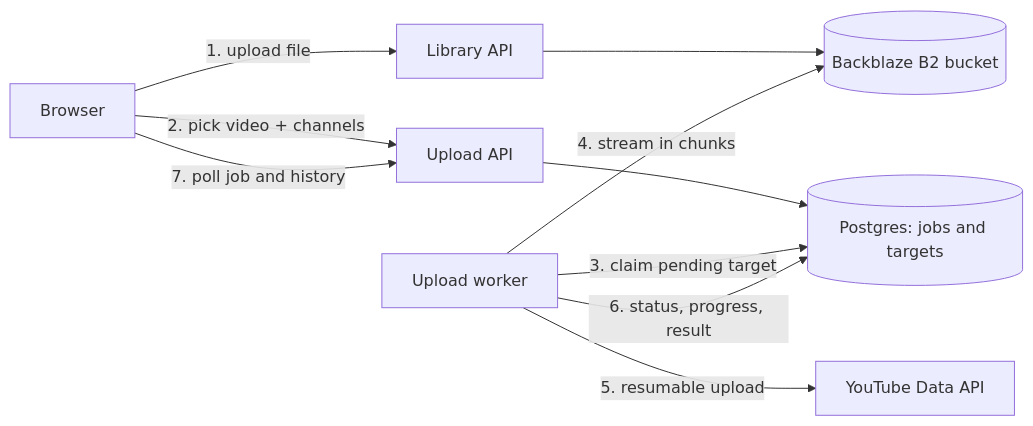
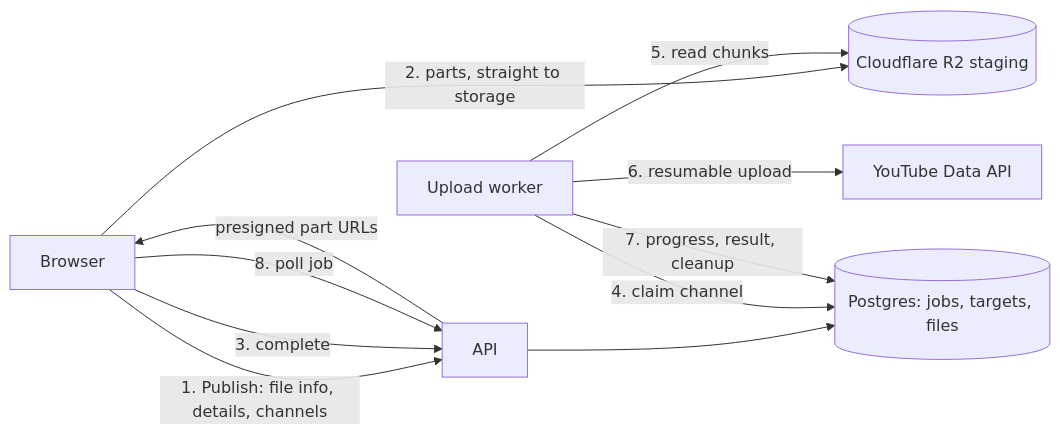
One commit to rohitmukati/Youtube-Automation-Backend changed the diagram in README.md. Above: the diagram before and after it, drawn with Mermaid. The commit also changed other lines of this file and 22 other files, not shown here.

Commit message:
biggest bucket and the upload flow update to new service

````diff
--- a/README.md
+++ b/README.md
@@ -52,12 +59,13 @@
 ```mermaid
 flowchart LR
-    A[Browser] -->|1. upload file| B[Library API]
-    B --> C[(Backblaze B2 bucket)]
-    A -->|2. pick video + channels| D[Upload API]
-    D --> E[(Postgres: jobs and targets)]
-    F[Upload worker] -->|3. claim pending target| E
-    F -->|4. stream in chunks| C
-    F -->|5. resumable upload| G[YouTube Data API]
-    F -->|6. status, progress, result| E
-    A -->|7. poll job and history| D
+    A[Browser] -->|1. Publish: file info, details, channels| B[API]
+    B --> C[(Postgres: jobs, targets, files)]
+    B -->|presigned part URLs| A
+    A -->|2. parts, straight to storage| D[(Cloudflare R2 staging)]
+    A -->|3. complete| B
+    E[Upload worker] -->|4. claim channel| C
+    E -->|5. read chunks| D
+    E -->|6. resumable upload| F[YouTube Data API]
+    E -->|7. progress, result, cleanup| C
+    A -->|8. poll job| B
 ```
````
